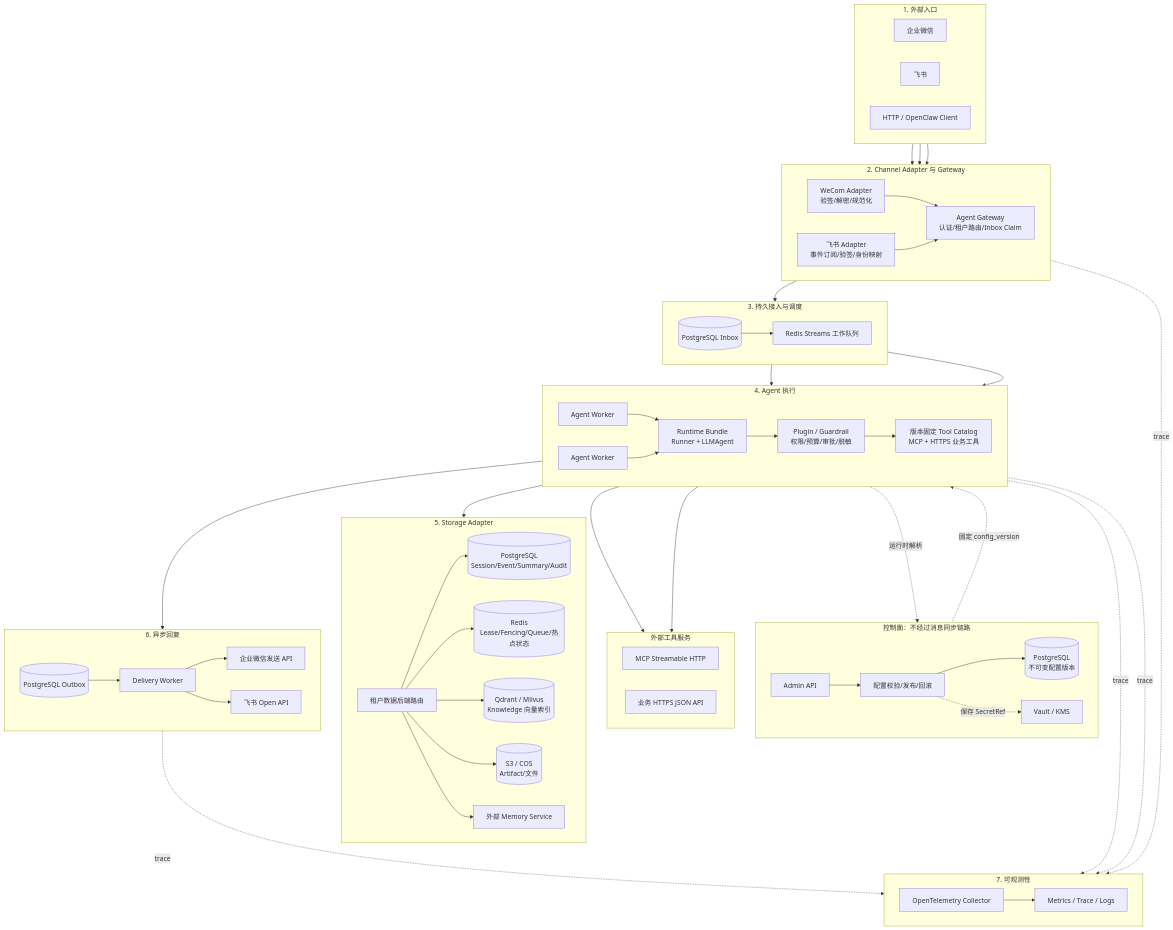
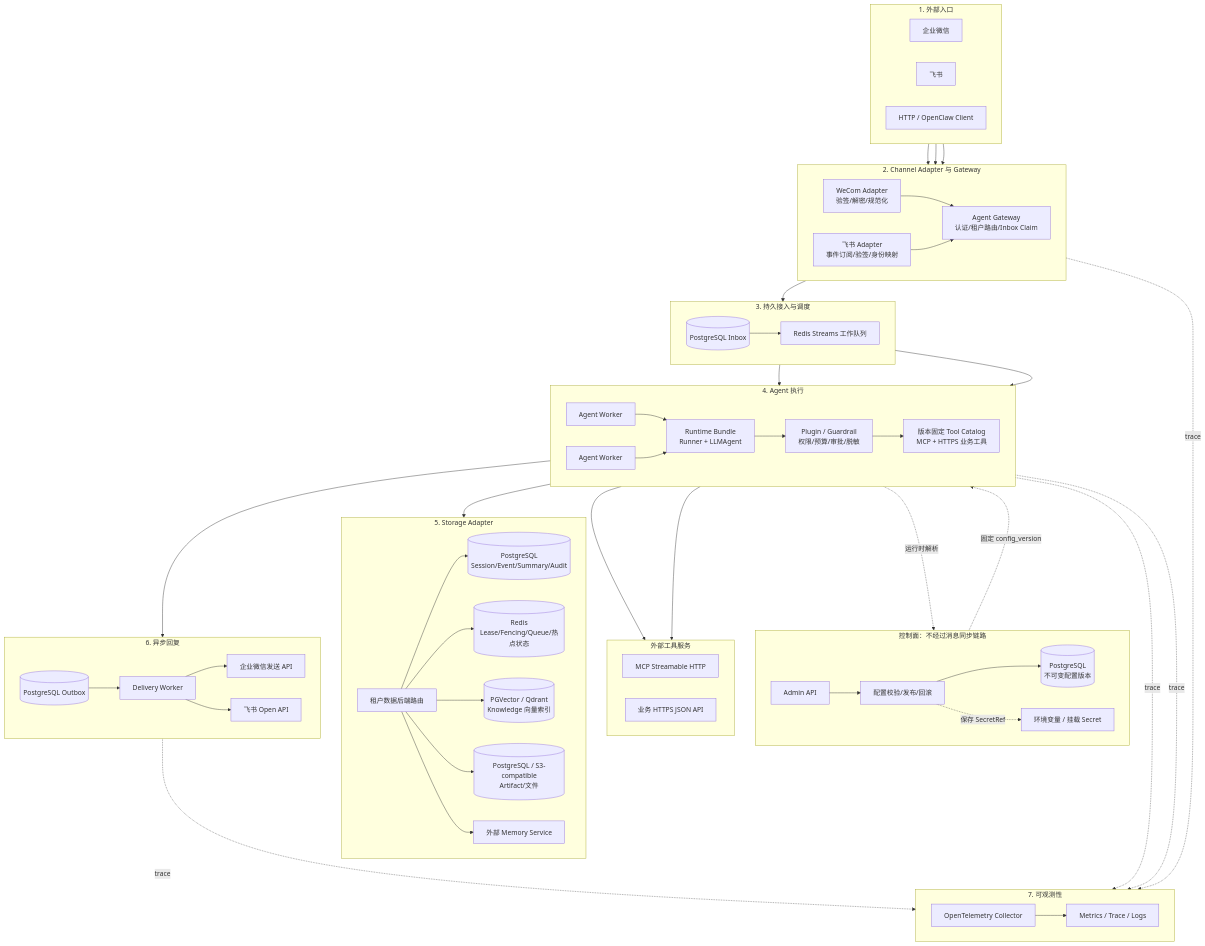
One commit to Skylm808/trpc-agent-service changed the first of 2 diagrams in docs/architecture.md. Above: the diagram before and after it, drawn with Mermaid. The commit also changed other lines of this file and 6 other files, not shown here.

Commit message:
docs: translate architecture guides and correct boundaries

```diff
--- a/docs/architecture.md
+++ b/docs/architecture.md
@@ -33,7 +33,7 @@
         ADMIN[Admin API]
         CFG[配置校验/发布/回滚]
         CONFIG[(PostgreSQL<br/>不可变配置版本)]
-        SECRET[Vault / KMS]
+        SECRET[环境变量 / 挂载 Secret]
     end
 
     subgraph DURABLE["3. 持久接入与调度"]
@@ -62,8 +62,8 @@
         ROUTER[租户数据后端路由]
         PG[(PostgreSQL<br/>Session/Event/Summary/Audit)]
         REDIS[(Redis<br/>Lease/Fencing/Queue/热点状态)]
-        VECTOR[(Qdrant / Milvus<br/>Knowledge 向量索引)]
-        OBJECT[(S3 / COS<br/>Artifact/文件)]
+        VECTOR[(PGVector / Qdrant<br/>Knowledge 向量索引)]
+        OBJECT[(PostgreSQL / S3-compatible<br/>Artifact/文件)]
         MEMORY[外部 Memory Service]
     end
 
```
